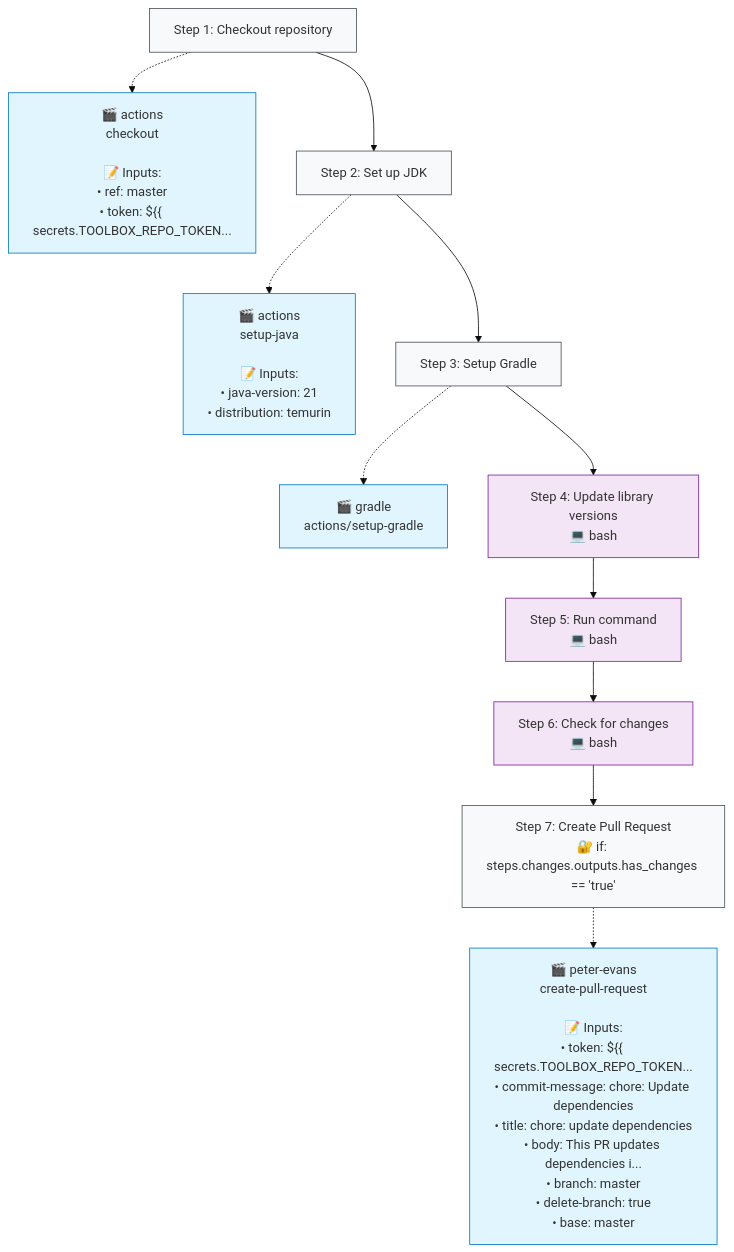
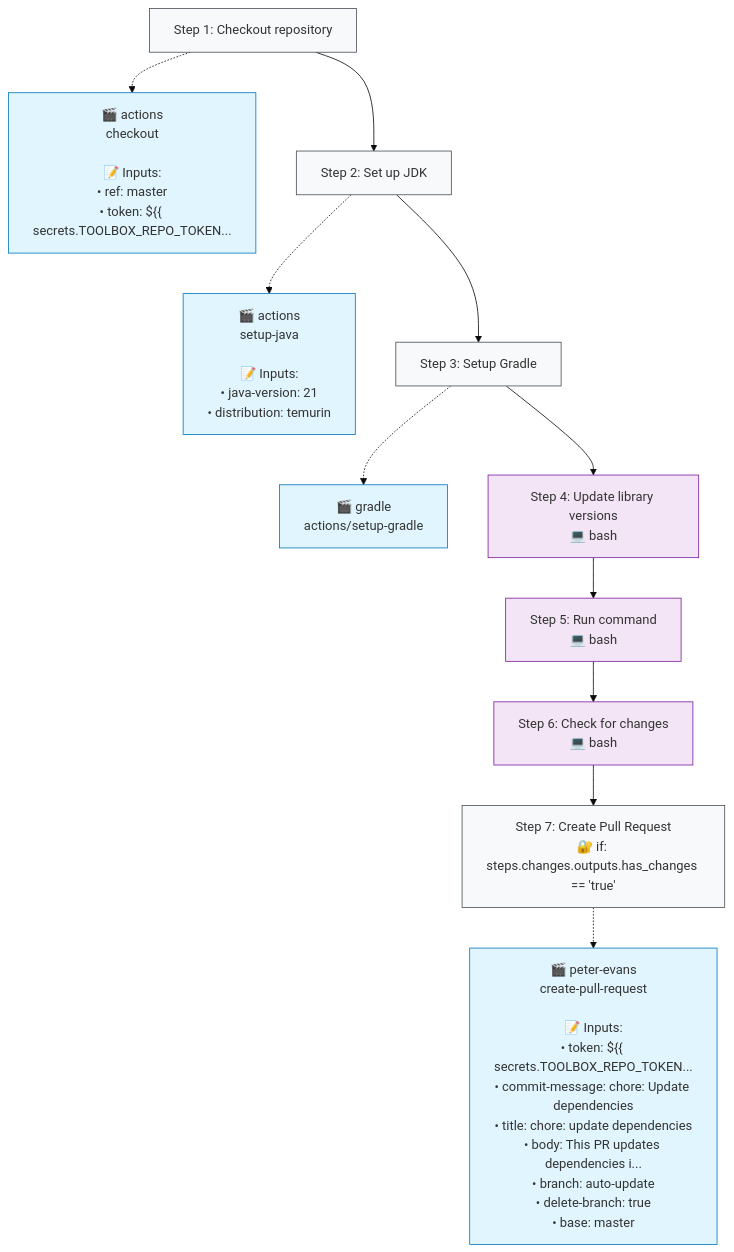
One commit to http4k/www changed the second of 2 diagrams in .github/typeflows/update-dependencies/README.md. Above: the diagram before and after it, drawn with Mermaid (base theme). The commit also changed 4 other files, not shown here.

````diff
--- a/.github/typeflows/update-dependencies/README.md
+++ b/.github/typeflows/update-dependencies/README.md
@@ -24,36 +24,36 @@
 ```mermaid
 %%{init: {"flowchart": {"curve": "basis"}}}%%
 flowchart TD
     step1["Step 1: Checkout repository"]
     style step1 fill:#f8f9fa,stroke:#495057
     action1["🎬 actions<br/>checkout<br/><br/>📝 Inputs:<br/>• ref: master<br/>• token: ${{ secrets.TOOLBOX_REPO_TOKEN..."]
     style action1 fill:#e1f5fe,stroke:#0277bd
     step1 -.-> action1
     step2["Step 2: Set up JDK"]
     style step2 fill:#f8f9fa,stroke:#495057
     action2["🎬 actions<br/>setup-java<br/><br/>📝 Inputs:<br/>• java-version: 21<br/>• distribution: temurin"]
     style action2 fill:#e1f5fe,stroke:#0277bd
     step2 -.-> action2
     step1 --> step2
     step3["Step 3: Setup Gradle"]
     style step3 fill:#f8f9fa,stroke:#495057
     action3["🎬 gradle<br/>actions/setup-gradle"]
     style action3 fill:#e1f5fe,stroke:#0277bd
     step3 -.-> action3
     step2 --> step3
     step4["Step 4: Update library versions<br/>💻 bash"]
     style step4 fill:#f3e5f5,stroke:#7b1fa2
     step3 --> step4
     step5["Step 5: Run command<br/>💻 bash"]
     style step5 fill:#f3e5f5,stroke:#7b1fa2
     step4 --> step5
     step6["Step 6: Check for changes<br/>💻 bash"]
     style step6 fill:#f3e5f5,stroke:#7b1fa2
     step5 --> step6
     step7["Step 7: Create Pull Request<br/>🔐 if: steps.changes.outputs.has_changes == 'true'"]
     style step7 fill:#f8f9fa,stroke:#495057
-    action7["🎬 peter-evans<br/>create-pull-request<br/><br/>📝 Inputs:<br/>• token: ${{ secrets.TOOLBOX_REPO_TOKEN...<br/>• commit-message: chore: Update dependencies<br/>• title: chore: update dependencies<br/>• body: This PR updates dependencies i...<br/>• branch: master<br/>• delete-branch: true<br/>• base: master"]
+    action7["🎬 peter-evans<br/>create-pull-request<br/><br/>📝 Inputs:<br/>• token: ${{ secrets.TOOLBOX_REPO_TOKEN...<br/>• commit-message: chore: Update dependencies<br/>• title: chore: update dependencies<br/>• body: This PR updates dependencies i...<br/>• branch: auto-update<br/>• delete-branch: true<br/>• base: master"]
     style action7 fill:#e1f5fe,stroke:#0277bd
     step7 -.-> action7
     step6 --> step7
 ```
````
